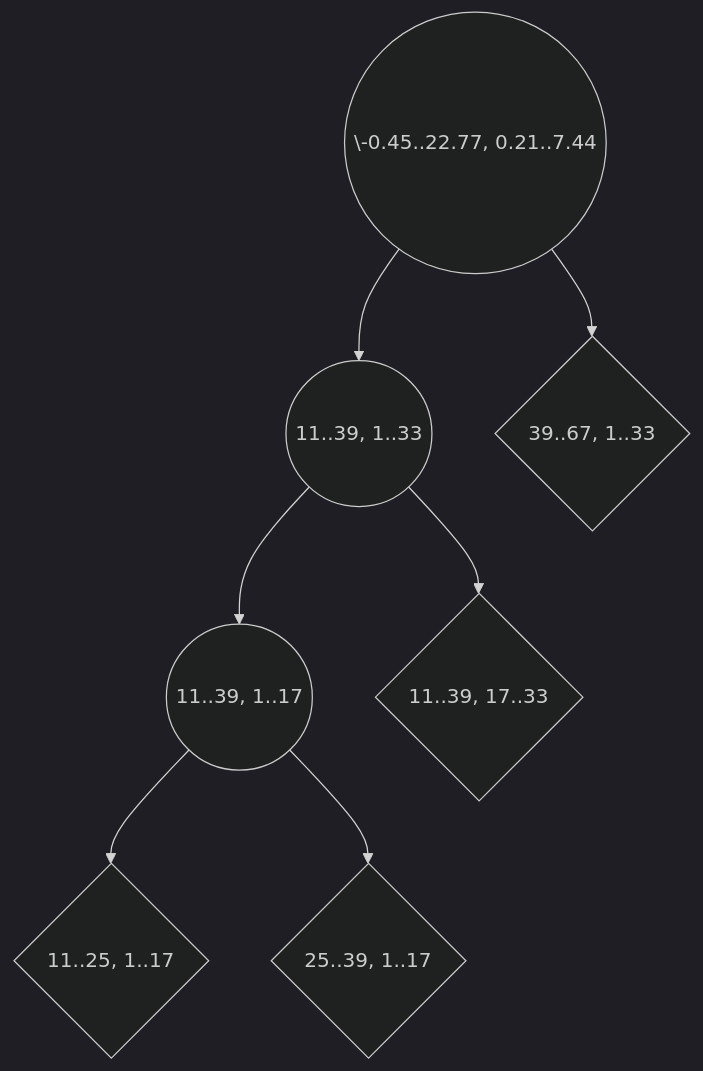
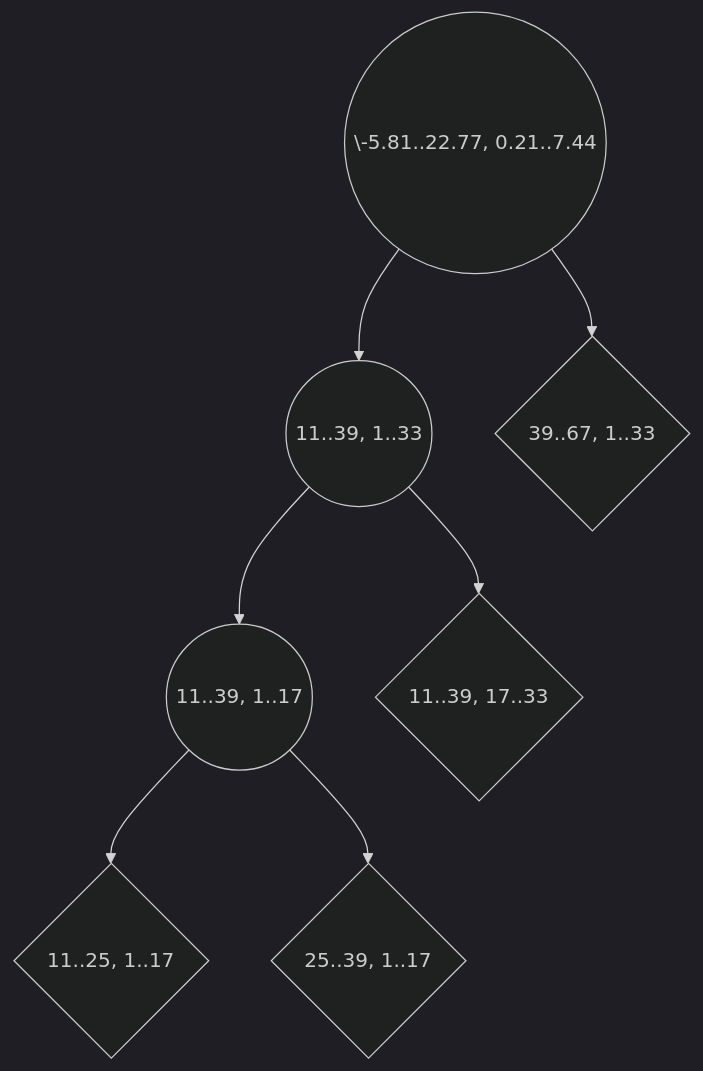
One commit to chazzka/clanekforest changed the diagram in clanek.md. Above: the diagram before and after it, drawn with Mermaid (dark theme). The commit also changed other lines of this file, not shown here.

````diff
--- a/clanek.md
+++ b/clanek.md
@@ -281,10 +281,10 @@
 ```mermaid
 graph TB
-A((\-0.45..22.77, 0.21..7.44))
+A((\-5.81..22.77, 0.21..7.44))
 A --> B((11..39, 1..33))
 A --> C{39..67, 1..33}
 B --> D((11..39, 1..17))
 B --> E{11..39, 17..33}
 D --> F{11..25, 1..17}
 D --> G{25..39, 1..17}
 ```
````
